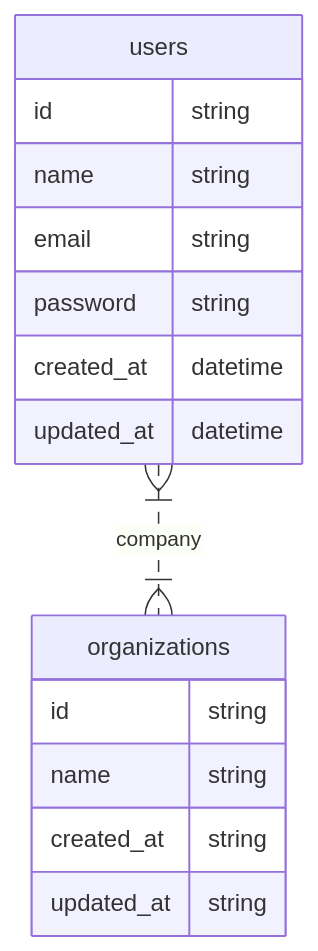
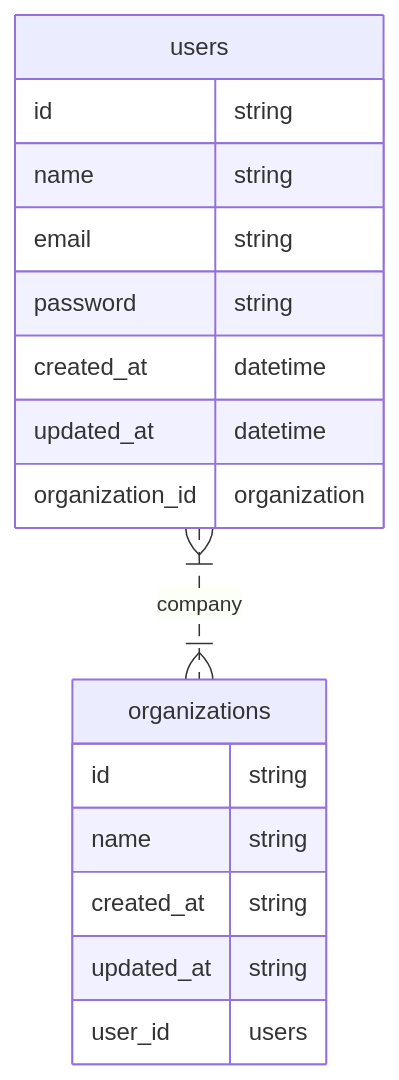
The diagram in db/er.md (takumi12311123/project-kadai3), drawn with Mermaid before and after one commit.

````diff
--- a/db/er.md
+++ b/db/er.md
@@ -1,21 +1,23 @@
 ```mermaid
 erDiagram
 
   users {
   id string 
   name string 
   email string 
   password string 
   created_at datetime
   updated_at datetime
+  organization_id organization
   }
   
   organizations {
    id string
    name string
    created_at string
    updated_at string
+   user_id users
   }
   
   users }|..|{ organizations: company
 ```
````
